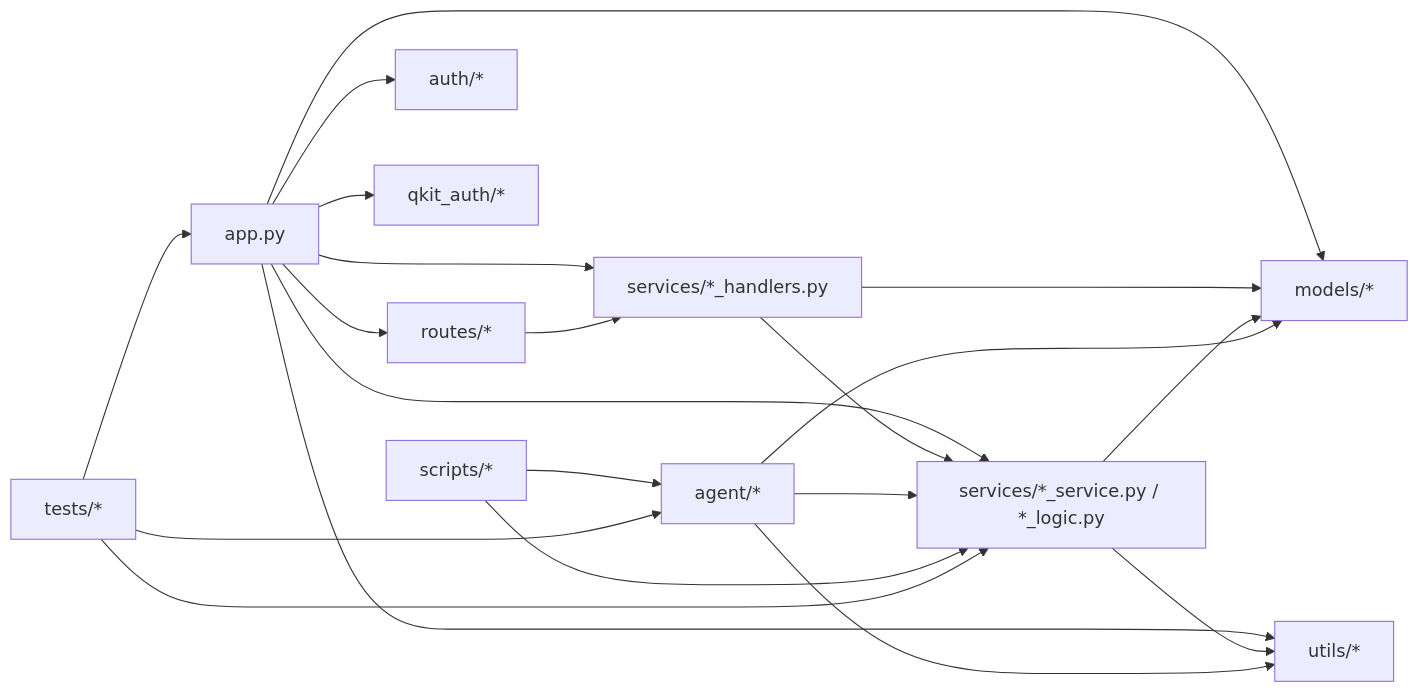
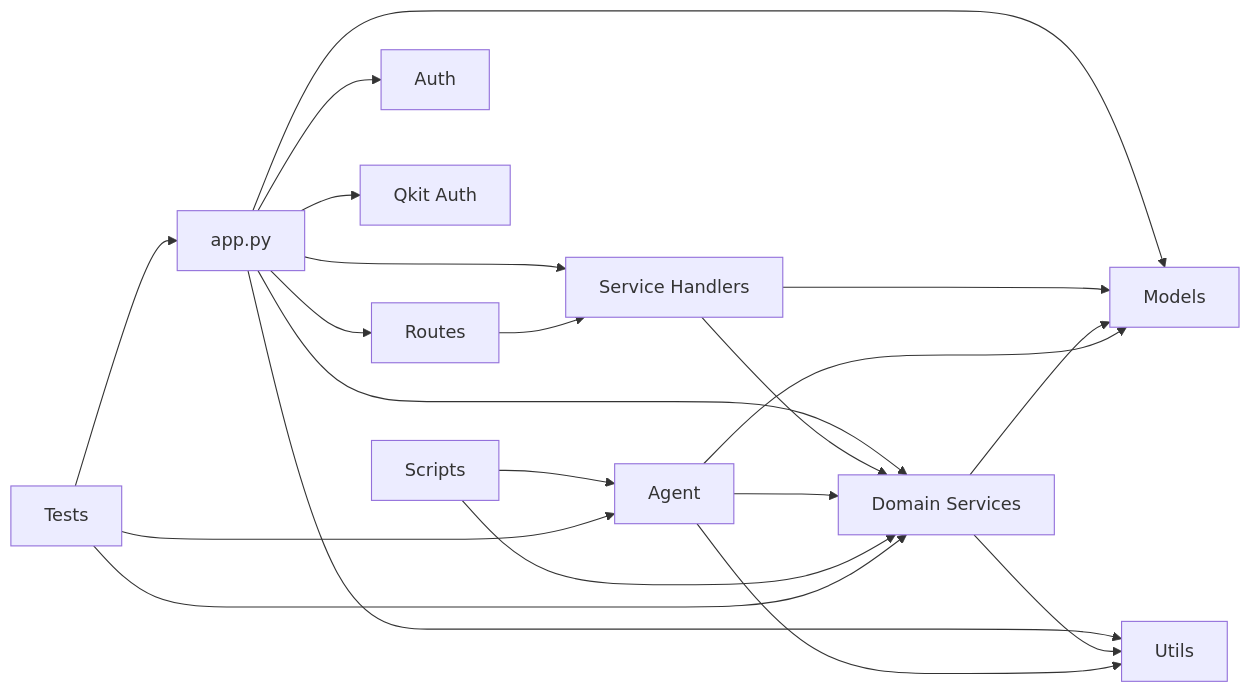
One commit to huangsj47/ExcelDiff_ForGame changed the second of 2 diagrams in 代码架构说明.md. Above: the diagram before and after it, drawn with Mermaid. The commit also changed other lines of this file and 1 other file, not shown here.

Commit message:
docs: 修复架构图Mermaid渲染并更新Claude项目规则

````diff
--- a/代码架构说明.md
+++ b/代码架构说明.md
@@ -43,38 +43,38 @@
 ```mermaid
 graph LR
     APP[app.py]
-    ROUTES[routes/*]
-    HANDLERS[services/*_handlers.py]
-    SERVICES[services/*_service.py / *_logic.py]
-    MODELS[models/*]
-    UTILS[utils/*]
-    AUTH[auth/*]
-    QKIT[qkit_auth/*]
-    AGENT[agent/*]
-    SCRIPTS[scripts/*]
-    TESTS[tests/*]
+    ROUTES[Routes]
+    HANDLERS[Service Handlers]
+    SERVICES[Domain Services]
+    MODELS[Models]
+    UTILS[Utils]
+    AUTH[Auth]
+    QKIT[Qkit Auth]
+    AGENT[Agent]
+    SCRIPTS[Scripts]
+    TESTS[Tests]
 
     APP --> ROUTES
     APP --> HANDLERS
     APP --> SERVICES
     APP --> MODELS
     APP --> UTILS
     APP --> AUTH
     APP --> QKIT
 
     ROUTES --> HANDLERS
     HANDLERS --> SERVICES
     HANDLERS --> MODELS
     SERVICES --> MODELS
     SERVICES --> UTILS
 
     AGENT --> MODELS
     AGENT --> SERVICES
     AGENT --> UTILS
 
     SCRIPTS --> SERVICES
     SCRIPTS --> AGENT
     TESTS --> APP
     TESTS --> SERVICES
     TESTS --> AGENT
 ```
````
